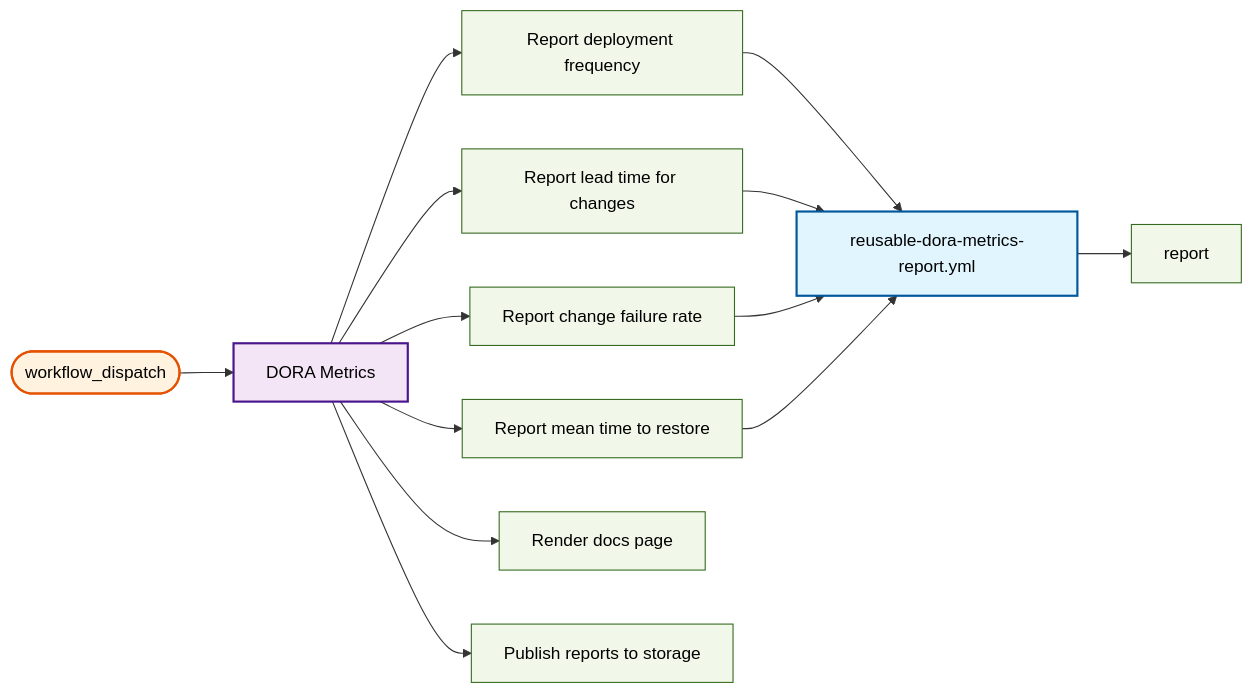
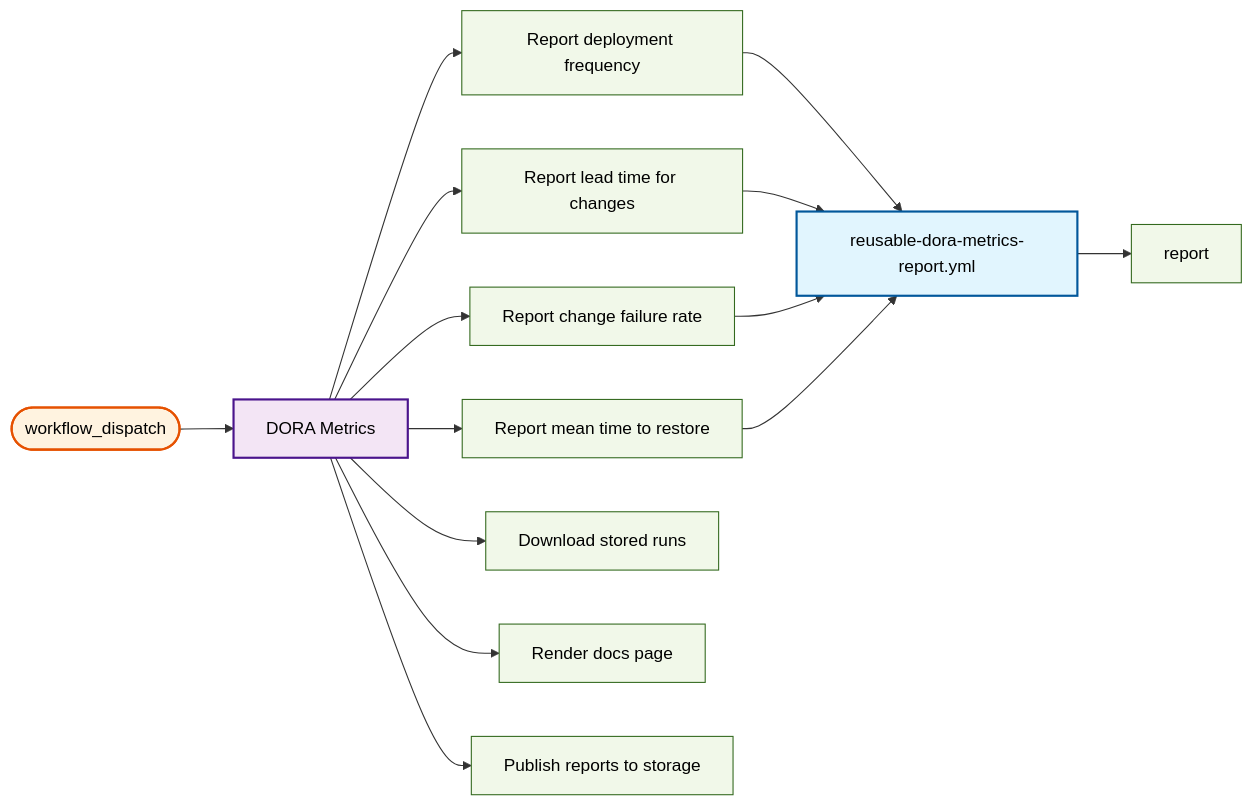
Before and after one commit to US-Trustee-Program/Bankruptcy-Oversight-Support-Systems: diagram 21 of 28 in docs/operations/workflow-diagram.md, drawn with Mermaid. The commit also changed other lines of this file and 15 other files, not shown here.

First line of the commit message:
Show long-term DORA trend from stored runs

````diff
--- a/docs/operations/workflow-diagram.md
+++ b/docs/operations/workflow-diagram.md
@@ -1224,42 +1238,45 @@
 ```mermaid
 flowchart LR
     trigger_workflow_dispatch(["workflow_dispatch"])
     dora_metrics_yml["DORA Metrics"]
     dora_metrics_yml_deployment_frequency["Report deployment frequency"]
     reusable_dora_metrics_report_yml["reusable-dora-metrics-report.yml"]
     reusable_dora_metrics_report_yml_report["report"]
     dora_metrics_yml_lead_time["Report lead time for changes"]
     dora_metrics_yml_change_failure_rate["Report change failure rate"]
     dora_metrics_yml_mttr["Report mean time to restore"]
+    dora_metrics_yml_history["Download stored runs"]
     dora_metrics_yml_docs_page["Render docs page"]
     dora_metrics_yml_publish["Publish reports to storage"]
 
     trigger_workflow_dispatch --> dora_metrics_yml
     dora_metrics_yml --> dora_metrics_yml_deployment_frequency
     reusable_dora_metrics_report_yml --> reusable_dora_metrics_report_yml_report
     dora_metrics_yml_deployment_frequency --> reusable_dora_metrics_report_yml
     dora_metrics_yml --> dora_metrics_yml_lead_time
     dora_metrics_yml_lead_time --> reusable_dora_metrics_report_yml
     dora_metrics_yml --> dora_metrics_yml_change_failure_rate
     dora_metrics_yml_change_failure_rate --> reusable_dora_metrics_report_yml
     dora_metrics_yml --> dora_metrics_yml_mttr
     dora_metrics_yml_mttr --> reusable_dora_metrics_report_yml
+    dora_metrics_yml --> dora_metrics_yml_history
     dora_metrics_yml --> dora_metrics_yml_docs_page
     dora_metrics_yml --> dora_metrics_yml_publish
 
     classDef reusable fill:#e1f5fe,stroke:#01579b,stroke-width:2px,color:#000000
     classDef mainWorkflow fill:#f3e5f5,stroke:#4a148c,stroke-width:2px,color:#000000
     classDef trigger fill:#fff3e0,stroke:#e65100,stroke-width:2px,color:#000000
     classDef job fill:#f1f8e9,stroke:#33691e,stroke-width:1px,color:#000000
 
     class trigger_workflow_dispatch trigger
     class dora_metrics_yml mainWorkflow
     class dora_metrics_yml_deployment_frequency job
     class reusable_dora_metrics_report_yml reusable
     class reusable_dora_metrics_report_yml_report job
     class dora_metrics_yml_lead_time job
     class dora_metrics_yml_change_failure_rate job
     class dora_metrics_yml_mttr job
+    class dora_metrics_yml_history job
     class dora_metrics_yml_docs_page job
     class dora_metrics_yml_publish job
 ```
````
